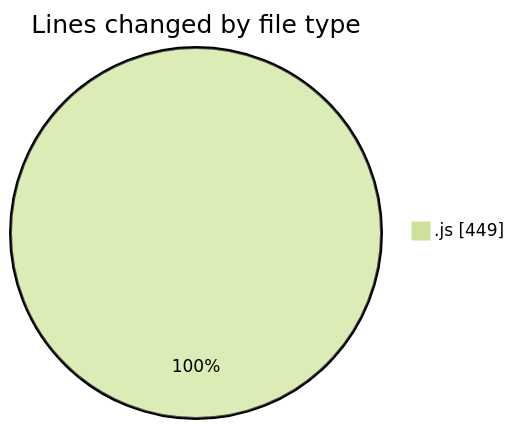
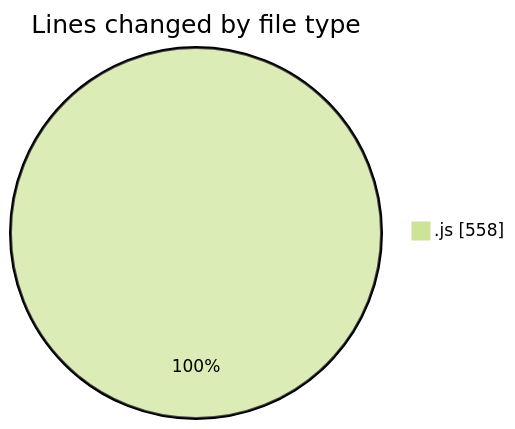
The first of 2 diagrams in 2025-11-04/nxtqube_webapp/README.md (nxtqubesakshisongat/code-tracking), drawn with Mermaid (forest theme) before and after one commit. The commit also changed other lines of this file and 1 other file, not shown here.

````diff
--- a/2025-11-04/nxtqube_webapp/README.md
+++ b/2025-11-04/nxtqube_webapp/README.md
@@ -21,5 +22,5 @@
 ```mermaid
 pie showData
 title Lines changed by file type
-".js" : 449
+".js" : 558
 ```
````
